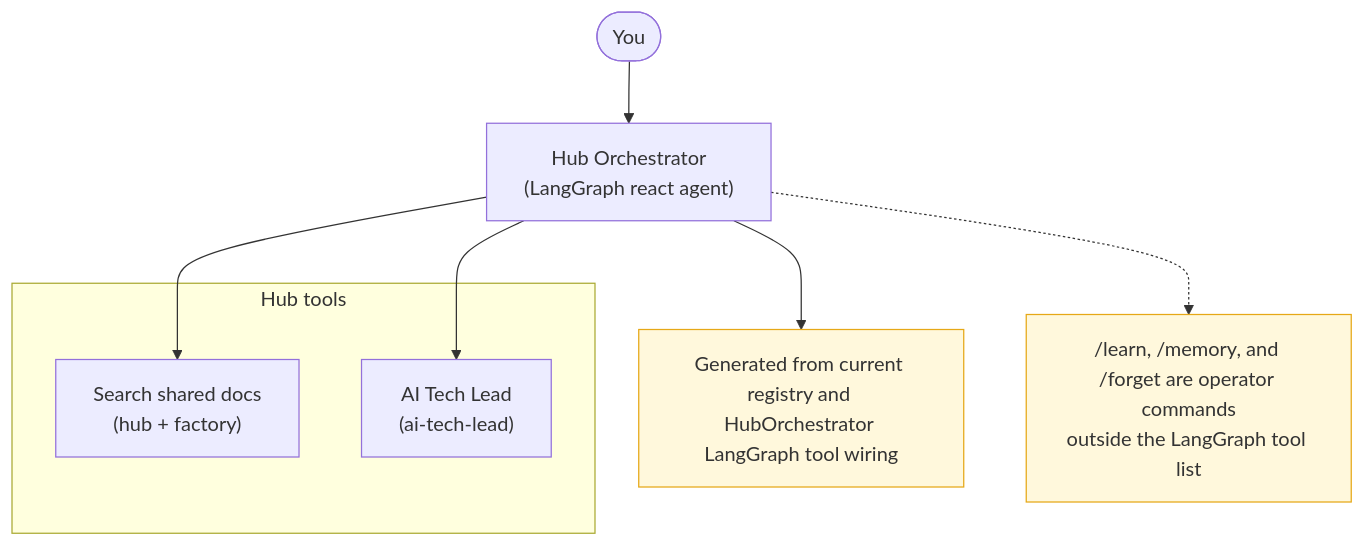
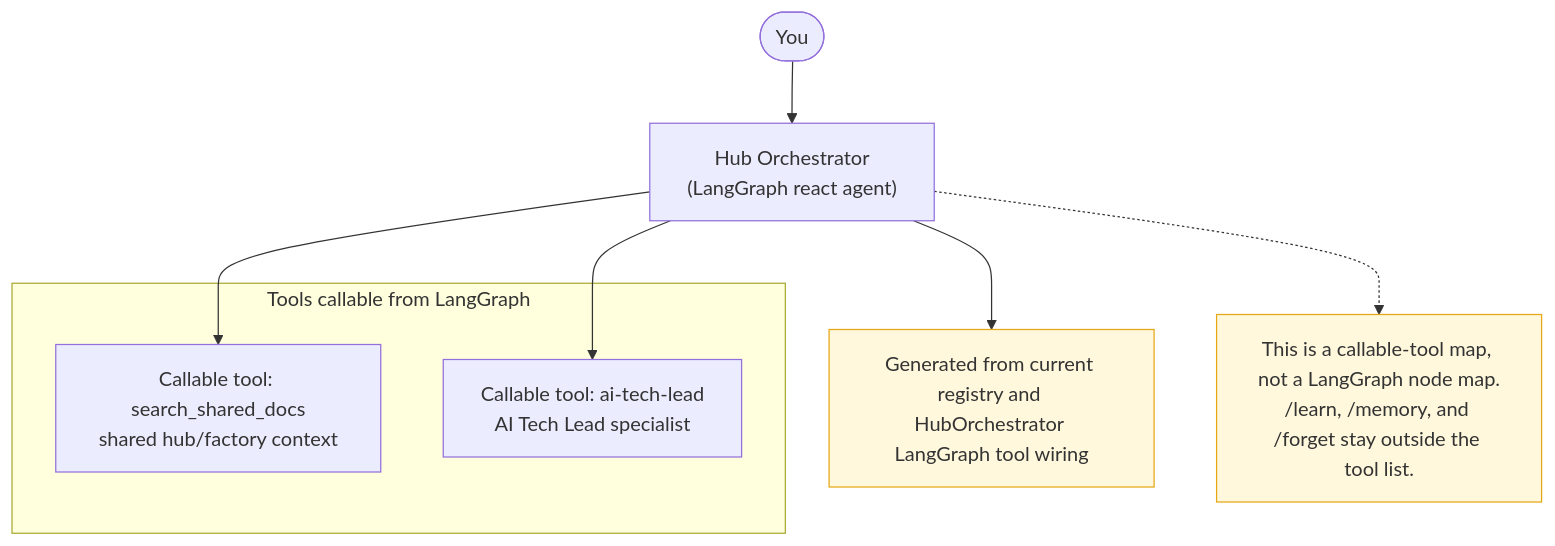
The diagram in docs/diagrams/07-HUB-LANGGRAPH-TOOLS.mmd (robvoto/agent-hub), drawn with Mermaid before and after one commit. The commit also changed 60 other files, not shown here.

First line of the commit message:
feat: universal Hub-to-specialist dispatch contract

```diff
--- a/docs/diagrams/07-HUB-LANGGRAPH-TOOLS.mmd
+++ b/docs/diagrams/07-HUB-LANGGRAPH-TOOLS.mmd
@@ -1,18 +1,18 @@
 flowchart TD
     You([You])
     Hub["Hub Orchestrator<br/>(LangGraph react agent)"]
 
-    subgraph Tools["Hub tools"]
-    tool_search_shared_docs["Search shared docs<br/>(hub + factory)"]
-    agent_ai_tech_lead["AI Tech Lead<br/>(ai-tech-lead)"]
+    subgraph Tools["Tools callable from LangGraph"]
+    tool_search_shared_docs["Callable tool: search_shared_docs<br/>shared hub/factory context"]
+    agent_ai_tech_lead["Callable tool: ai-tech-lead<br/>AI Tech Lead specialist"]
     end
 
     You --> Hub
     Hub --> tool_search_shared_docs
     Hub --> agent_ai_tech_lead
 
     classDef note fill:#fff8dc,stroke:#e6a817;
     note["Generated from current registry and HubOrchestrator LangGraph tool wiring"]:::note
-    commands_note["/learn, /memory, and /forget are operator commands<br/>outside the LangGraph tool list"]:::note
+    commands_note["This is a callable-tool map, not a LangGraph node map.<br/>/learn, /memory, and /forget stay outside the tool list."]:::note
     Hub --> note
     Hub -.-> commands_note
```
